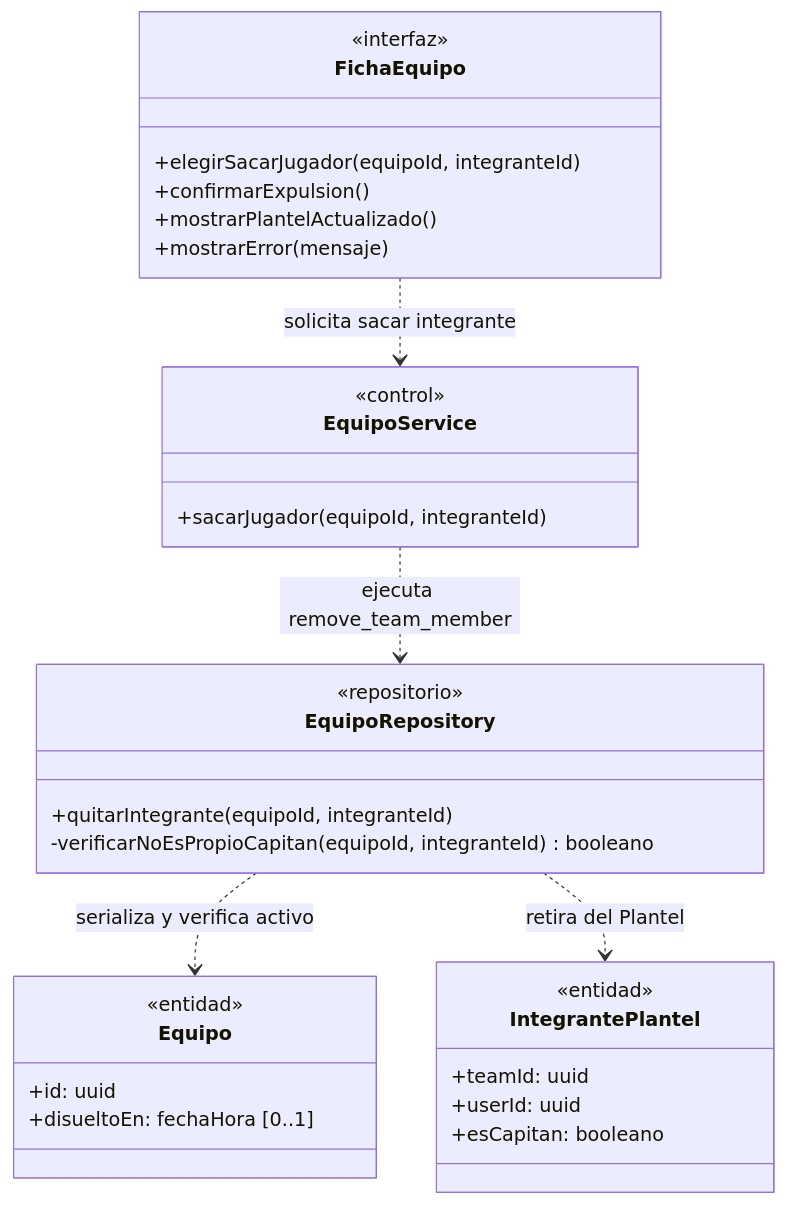
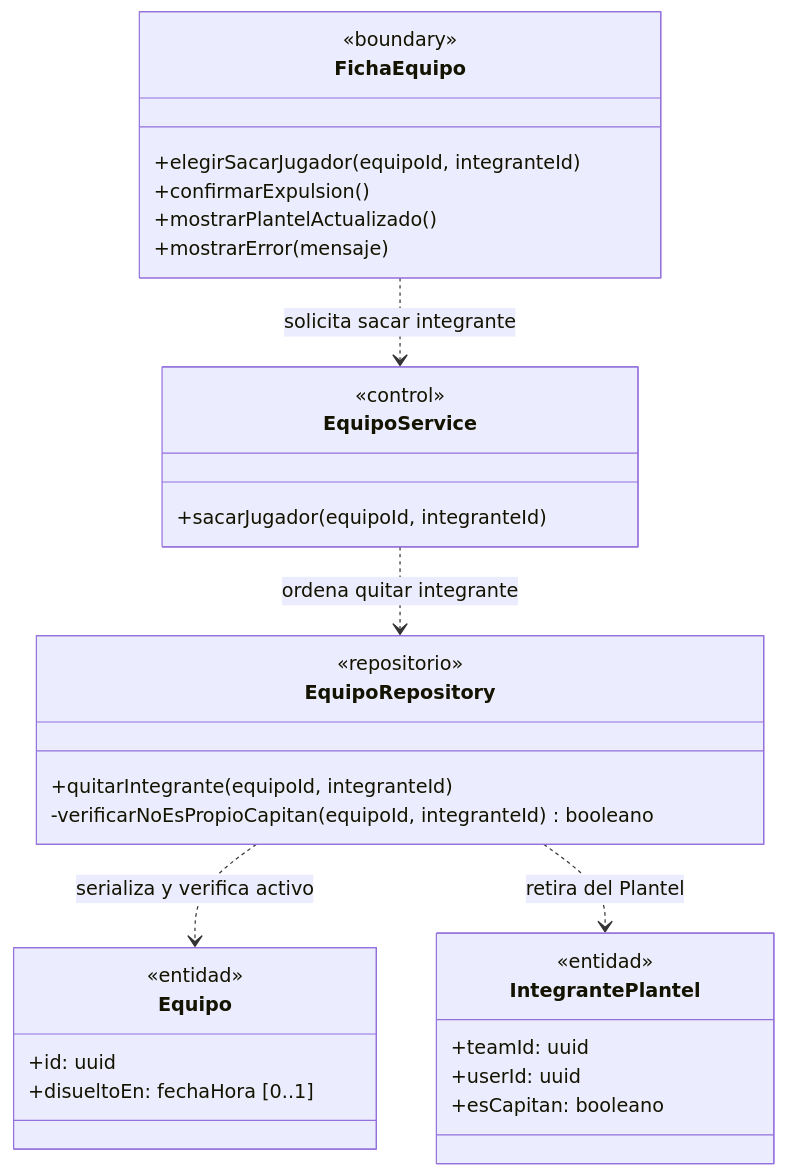
One commit to nicqletal/torneos-scraper changed the eighth of 11 diagrams in docs/diagramas-de-clase/equipos.md. Above: the diagram before and after it, drawn with Mermaid. The commit also changed other lines of this file and 12 other files, not shown here.

Commit message:
Correcion Diagramas de Clase

````diff
--- a/docs/diagramas-de-clase/equipos.md
+++ b/docs/diagramas-de-clase/equipos.md
@@ -637,35 +518,35 @@
 ```mermaid
 classDiagram
 direction TB
 class FichaEquipo {
-  <<interfaz>>
+  <<boundary>>
   +elegirSacarJugador(equipoId, integranteId)
   +confirmarExpulsion()
   +mostrarPlantelActualizado()
   +mostrarError(mensaje)
 }
 class EquipoService {
   <<control>>
   +sacarJugador(equipoId, integranteId)
 }
 class EquipoRepository {
   <<repositorio>>
   +quitarIntegrante(equipoId, integranteId)
   -verificarNoEsPropioCapitan(equipoId, integranteId) booleano
 }
 class Equipo {
   <<entidad>>
   +id: uuid
   +disueltoEn: fechaHora [0..1]
 }
 class IntegrantePlantel {
   <<entidad>>
   +teamId: uuid
   +userId: uuid
   +esCapitan: booleano
 }
 FichaEquipo ..> EquipoService : solicita sacar integrante
-EquipoService ..> EquipoRepository : ejecuta remove_team_member
+EquipoService ..> EquipoRepository : ordena quitar integrante
 EquipoRepository ..> Equipo : serializa y verifica activo
 EquipoRepository ..> IntegrantePlantel : retira del Plantel
 ```
````
